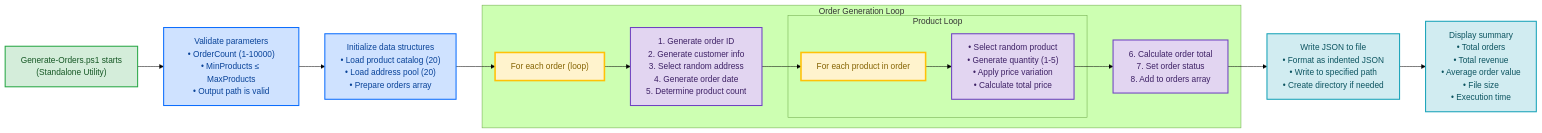
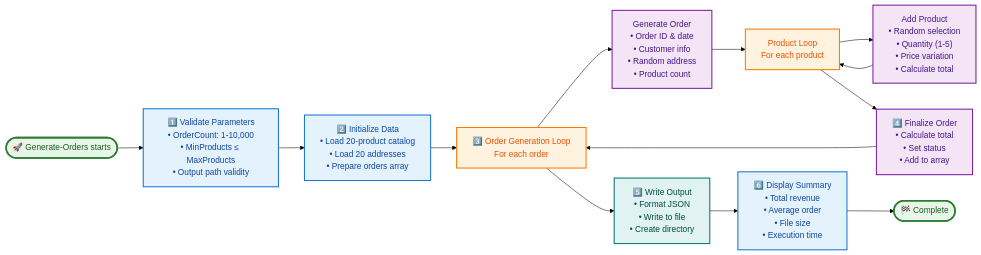
The diagram in hooks/Generate-Orders.md (Evilazaro/Azure-LogicApps-Monitoring), drawn with Mermaid (forest theme) before and after one commit. The commit also changed other lines of this file and 3 other files, not shown here.

Commit message:
docs: Enhance documentation for Generate-Orders, check-dev-workstation, clean-secrets, and postprovision scripts with detailed performance characteristics and integration points

````diff
--- a/hooks/Generate-Orders.md
+++ b/hooks/Generate-Orders.md
@@ -541,33 +566,39 @@
 ```mermaid
 flowchart LR
-    Start["Generate-Orders.ps1 starts<br/>(Standalone Utility)"]
-    Start --> Validate["Validate parameters<br/>• OrderCount (1-10000)<br/>• MinProducts ≤ MaxProducts<br/>• Output path is valid"]
-    Validate --> Init["Initialize data structures<br/>• Load product catalog (20)<br/>• Load address pool (20)<br/>• Prepare orders array"]
-    Init --> OrderLoop["For each order (loop)"]
+    Start(["🚀 Generate-Orders starts"])
+    Validate["1️⃣ Validate Parameters<br/>• OrderCount: 1-10,000<br/>• MinProducts ≤ MaxProducts<br/>• Output path validity"]
+    Init["2️⃣ Initialize Data<br/>• Load 20-product catalog<br/>• Load 20 addresses<br/>• Prepare orders array"]
+    OrderLoop["3️⃣ Order Generation Loop<br/>For each order"]
+    OrderGen["Generate Order<br/>• Order ID & date<br/>• Customer info<br/>• Random address<br/>• Product count"]
+    ProductLoop["Product Loop<br/>For each product"]
+    ProductGen["Add Product<br/>• Random selection<br/>• Quantity (1-5)<br/>• Price variation<br/>• Calculate total"]
+    Finalize["4️⃣ Finalize Order<br/>• Calculate total<br/>• Set status<br/>• Add to array"]
+    WriteJSON["5️⃣ Write Output<br/>• Format JSON<br/>• Write to file<br/>• Create directory"]
+    Summary["6️⃣ Display Summary<br/>• Total revenue<br/>• Average order<br/>• File size<br/>• Execution time"]
+    End(["🏁 Complete"])
     
-    subgraph OrderProcessing["Order Generation Loop"]
-        OrderLoop --> OrderSteps["1. Generate order ID<br/>2. Generate customer info<br/>3. Select random address<br/>4. Generate order date<br/>5. Determine product count"]
-        OrderSteps --> ProductLoop["For each product in order"]
-        
-        subgraph ProductProcessing["Product Loop"]
-            ProductLoop --> ProductSteps["• Select random product<br/>• Generate quantity (1-5)<br/>• Apply price variation<br/>• Calculate total price"]
-        end
-        
-        ProductSteps --> FinalizeOrder["6. Calculate order total<br/>7. Set order status<br/>8. Add to orders array"]
-    end
+    Start --> Validate
+    Validate --> Init
+    Init --> OrderLoop
+    OrderLoop --> OrderGen
+    OrderGen --> ProductLoop
+    ProductLoop --> ProductGen
+    ProductGen --> ProductLoop
+    ProductLoop --> Finalize
+    Finalize --> OrderLoop
+    OrderLoop --> WriteJSON
+    WriteJSON --> Summary
+    Summary --> End
     
-    FinalizeOrder --> WriteJSON["Write JSON to file<br/>• Format as indented JSON<br/>• Write to specified path<br/>• Create directory if needed"]
-    WriteJSON --> Summary["Display summary<br/>• Total orders<br/>• Total revenue<br/>• Average order value<br/>• File size<br/>• Execution time"]
+    classDef startEnd fill:#e8f5e9,stroke:#2e7d32,stroke-width:3px,color:#1b5e20
+    classDef process fill:#e3f2fd,stroke:#1976d2,stroke-width:2px,color:#0d47a1
+    classDef loop fill:#fff3e0,stroke:#f57c00,stroke-width:2px,color:#e65100
+    classDef generate fill:#f3e5f5,stroke:#7b1fa2,stroke-width:2px,color:#4a148c
+    classDef output fill:#e0f2f1,stroke:#00796b,stroke-width:2px,color:#004d40
     
-    classDef startClass fill:#d4edda,stroke:#28a745,stroke-width:2px,color:#155724
-    classDef validateClass fill:#cfe2ff,stroke:#0d6efd,stroke-width:2px,color:#084298
-    classDef loopClass fill:#fff3cd,stroke:#ffc107,stroke-width:3px,color:#856404
-    classDef processClass fill:#e2d5f1,stroke:#6f42c1,stroke-width:2px,color:#3d2065
-    classDef outputClass fill:#d1ecf1,stroke:#17a2b8,stroke-width:2px,color:#0c5460
-    
-    class Start startClass
-    class Validate,Init validateClass
-    class OrderLoop,ProductLoop loopClass
-    class OrderSteps,ProductSteps,FinalizeOrder processClass
-    class WriteJSON,Summary outputClass
+    class Start,End startEnd
+    class Validate,Init,Summary process
+    class OrderLoop,ProductLoop loop
+    class OrderGen,ProductGen,Finalize generate
+    class WriteJSON output
 ```
````
